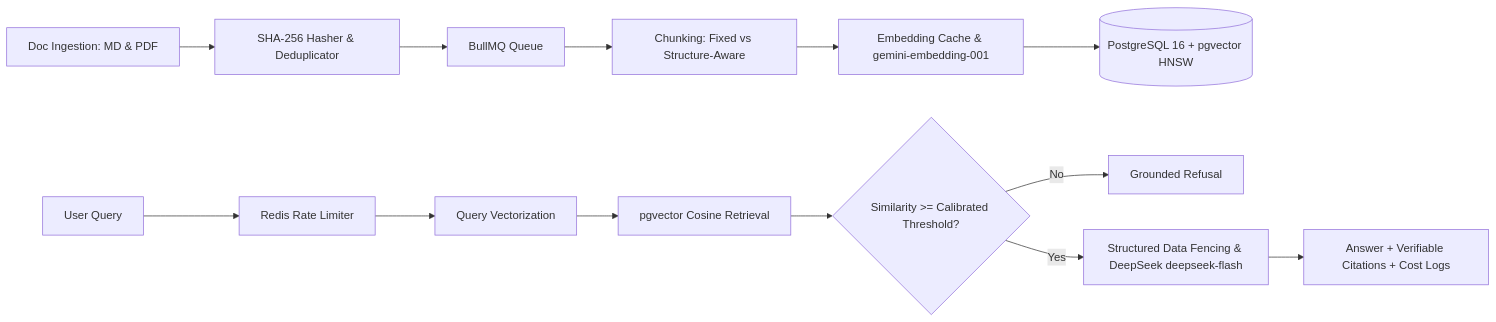
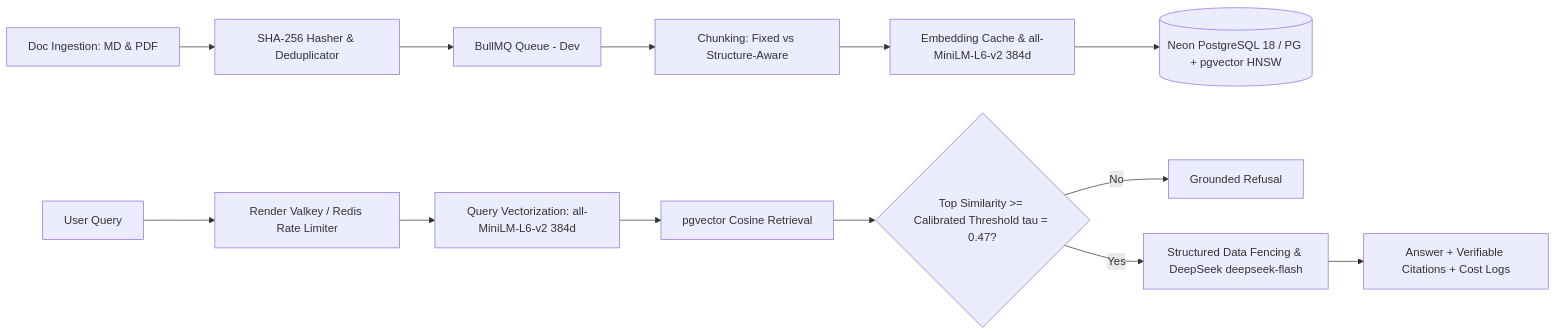
Before and after one commit to ScrappyAT/grounded-rag: the diagram in README.md, drawn with Mermaid. The commit also changed other lines of this file and 8 other files, not shown here.

Commit message:
docs: audit README, architecture, and submission checklist for graduation assessment

````diff
--- a/README.md
+++ b/README.md
@@ -38,16 +42,16 @@
 ```mermaid
 flowchart LR
     A[Doc Ingestion: MD & PDF] --> B[SHA-256 Hasher & Deduplicator]
-    B --> C[BullMQ Queue]
+    B --> C[BullMQ Queue - Dev]
     C --> D[Chunking: Fixed vs Structure-Aware]
-    D --> E[Embedding Cache & gemini-embedding-001]
-    E --> F[(PostgreSQL 16 + pgvector HNSW)]
+    D --> E[Embedding Cache & all-MiniLM-L6-v2 384d]
+    E --> F[(Neon PostgreSQL 18 / PG + pgvector HNSW)]
 
-    G[User Query] --> H[Redis Rate Limiter]
-    H --> I[Query Vectorization]
+    G[User Query] --> H[Render Valkey / Redis Rate Limiter]
+    H --> I[Query Vectorization: all-MiniLM-L6-v2 384d]
     I --> J[pgvector Cosine Retrieval]
-    J --> K{Similarity >= Calibrated Threshold?}
+    J --> K{Top Similarity >= Calibrated Threshold tau = 0.47?}
     K -- No --> L[Grounded Refusal]
     K -- Yes --> M[Structured Data Fencing & DeepSeek deepseek-flash]
     M --> N[Answer + Verifiable Citations + Cost Logs]
 ```
````
